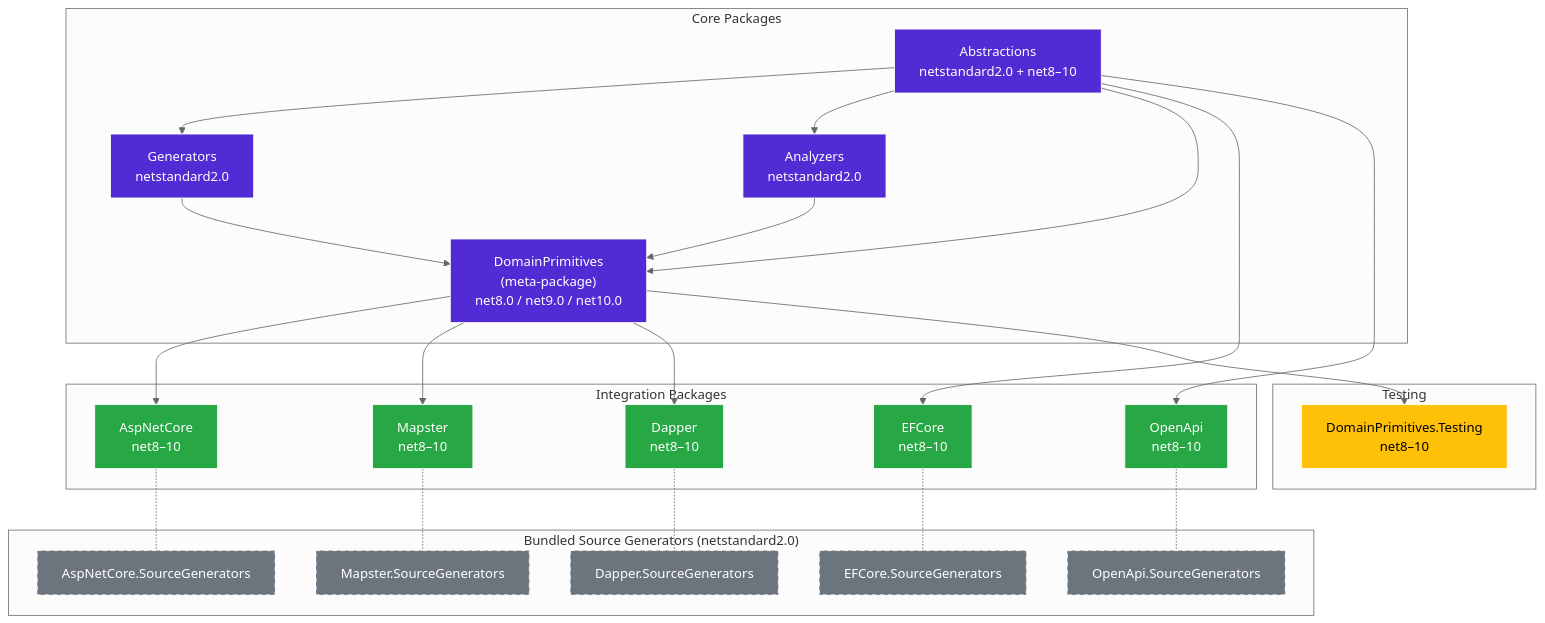
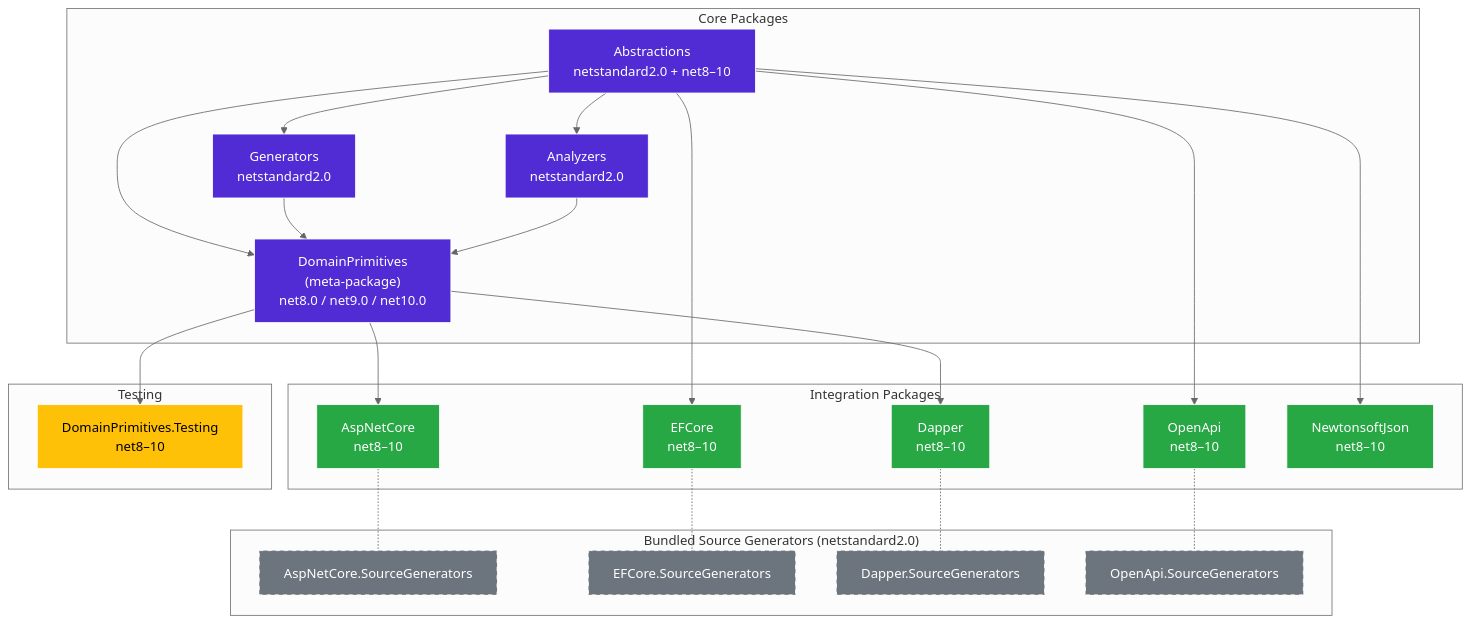
One commit to ericksonlopezf/dotnet-domain-primitives changed the diagram in docs/packages.md. Above: the diagram before and after it, drawn with Mermaid (neutral theme). The commit also changed other lines of this file and 646 other files, not shown here.

Commit message:
feat!: expand domain primitives, source generators, docs, tests, and persistence support

````diff
--- a/docs/packages.md
+++ b/docs/packages.md
@@ -60,58 +59,56 @@
 ```mermaid
 flowchart TD
     subgraph Core["Core Packages"]
         A["Abstractions\nnetstandard2.0 + net8–10"]
         G["Generators\nnetstandard2.0"]
         An["Analyzers\nnetstandard2.0"]
         C["DomainPrimitives\n(meta-package)\nnet8.0 / net9.0 / net10.0"]
     end
 
     subgraph Integrations["Integration Packages"]
         ASP["AspNetCore\nnet8–10"]
         EF["EFCore\nnet8–10"]
         Dap["Dapper\nnet8–10"]
         OpenApi["OpenApi\nnet8–10"]
-        Map["Mapster\nnet8–10"]
+        Newtonsoft["NewtonsoftJson\nnet8–10"]
     end
 
     subgraph Generators["Bundled Source Generators (netstandard2.0)"]
         ASPSG["AspNetCore.SourceGenerators"]
         EFSG["EFCore.SourceGenerators"]
         DapSG["Dapper.SourceGenerators"]
         OpenApiSG["OpenApi.SourceGenerators"]
-        MapSG["Mapster.SourceGenerators"]
     end
 
     subgraph TestPkg["Testing"]
         Test["DomainPrimitives.Testing\nnet8–10"]
     end
 
     A --> G
     A --> An
     A --> C
     G --> C
     An --> C
 
     C --> ASP
     A --> EF
-    C --> Map
     A --> OpenApi
     C --> Dap
+    A --> Newtonsoft
     C --> Test
 
     ASP -.- ASPSG
     EF -.- EFSG
     Dap -.- DapSG
     OpenApi -.- OpenApiSG
-    Map -.- MapSG
 
     classDef core fill:#512BD4,stroke:#fff,color:#fff;
     classDef integration fill:#28a745,stroke:#fff,color:#fff;
     classDef generator fill:#6c757d,stroke:#fff,color:#fff,stroke-dasharray:5 5;
     classDef testing fill:#ffc107,stroke:#fff,color:#000;
 
     class A,G,An,C core;
-    class ASP,EF,Dap,OpenApi,Map integration;
-    class ASPSG,EFSG,DapSG,OpenApiSG,MapSG generator;
+    class ASP,EF,Dap,OpenApi,Newtonsoft integration;
+    class ASPSG,EFSG,DapSG,OpenApiSG generator;
     class Test testing;
 ```
````
